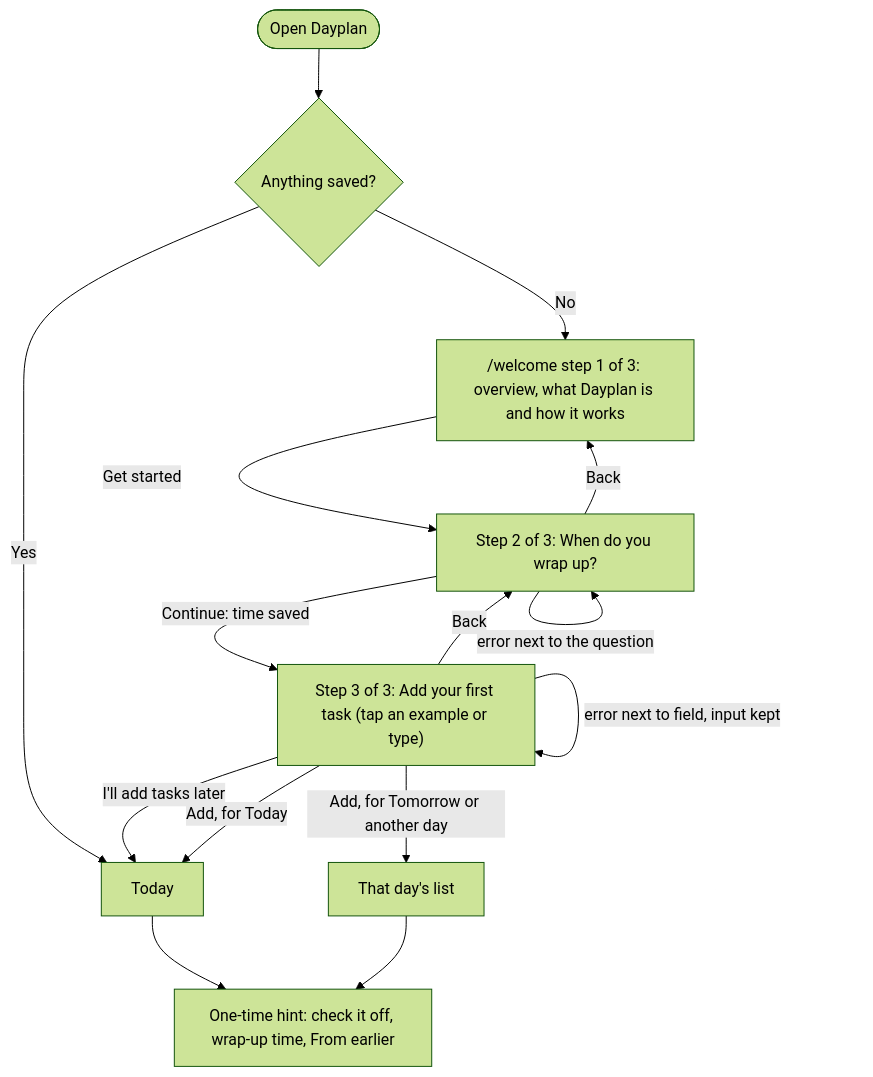
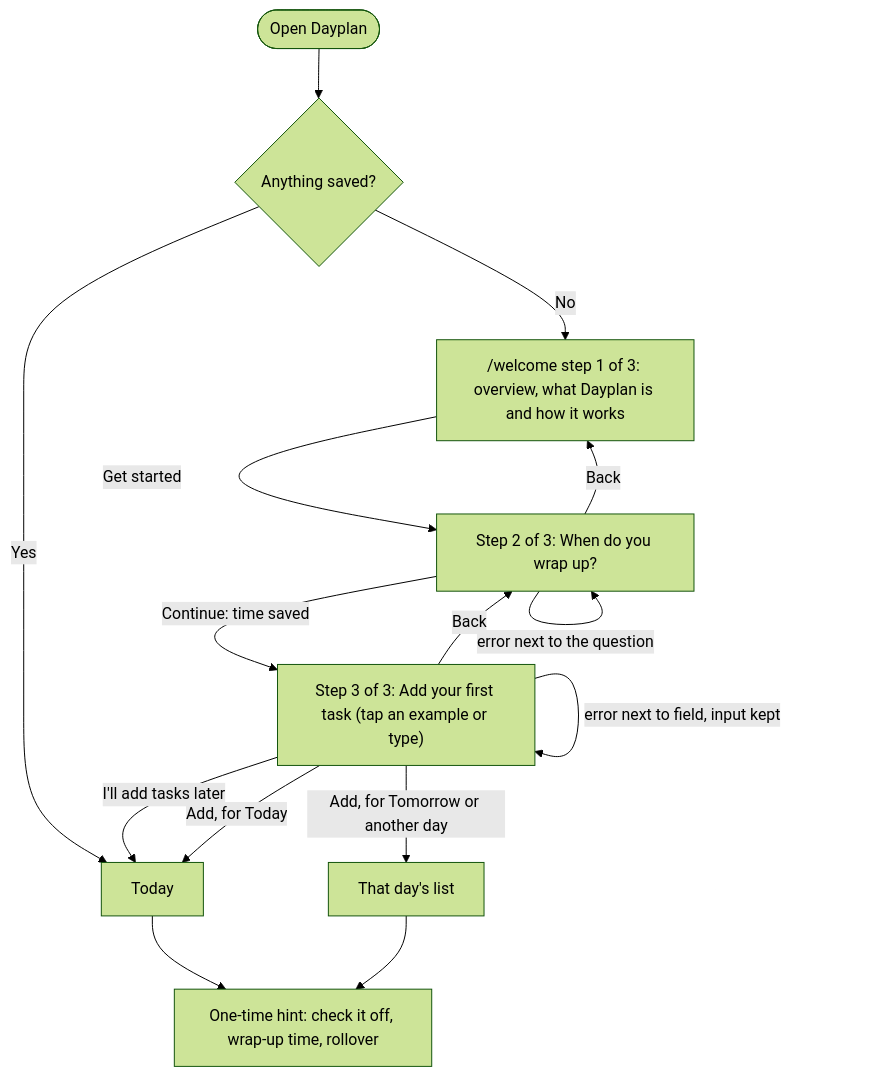
Before and after one commit to neilpandya01/hw3-dbs: the second of 3 diagrams in flows.md, drawn with Mermaid (forest theme). The commit also changed other lines of this file and 10 other files, not shown here.

````diff
--- a/flows.md
+++ b/flows.md
@@ -104,17 +104,17 @@
 ```mermaid
 flowchart TD
   A([Open Dayplan]) --> B{Anything saved?}
   B -- Yes --> T[Today]
   B -- No --> W0["/welcome step 1 of 3: overview, what Dayplan is and how it works"]
   W0 -- Get started --> W1["Step 2 of 3: When do you wrap up?"]
   W1 -- Back --> W0
   W1 -- error next to the question --> W1
   W1 -- Continue: time saved --> W2["Step 3 of 3: Add your first task (tap an example or type)"]
   W2 -- Back --> W1
   W2 -- error next to field, input kept --> W2
   W2 -- "I'll add tasks later" --> T
   W2 -- Add, for Today --> T
   W2 -- Add, for Tomorrow or another day --> D["That day's list"]
-  T --> H[One-time hint: check it off, wrap-up time, From earlier]
+  T --> H[One-time hint: check it off, wrap-up time, rollover]
   D --> H
 ```
````
